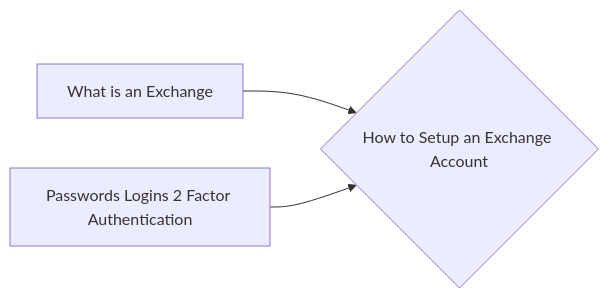
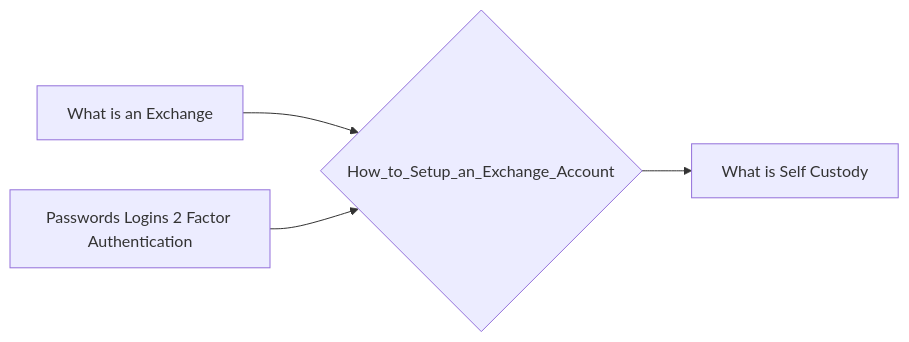
The diagram in notes/How_to_Setup_an_Exchange_Account.md (lpurdy01/crypto-knowledge-map), drawn with Mermaid before and after one commit. The commit also changed 161 other files, not shown here.

````diff
--- a/notes/How_to_Setup_an_Exchange_Account.md
+++ b/notes/How_to_Setup_an_Exchange_Account.md
@@ -9,5 +9,6 @@
 ```mermaid
 graph LR
-1["What is an Exchange"]-->0{"How to Setup an Exchange Account"}
-2["Passwords Logins 2 Factor Authentication"]-->0{"How to Setup an Exchange Account"}
+1["What is an Exchange"]-->0{"How_to_Setup_an_Exchange_Account"}
+2["Passwords Logins 2 Factor Authentication"]-->0{"How_to_Setup_an_Exchange_Account"}
+0{"How_to_Setup_an_Exchange_Account"}-->3["What is Self Custody"]
 ```
````
